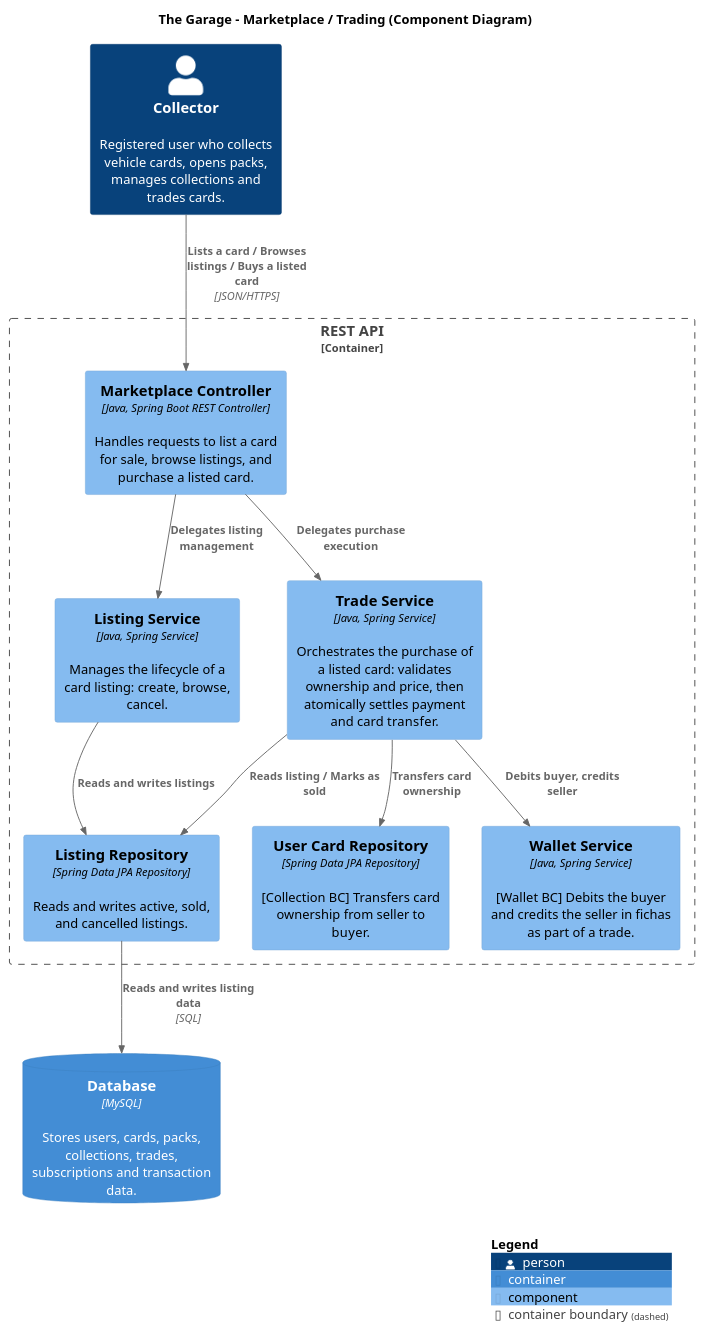
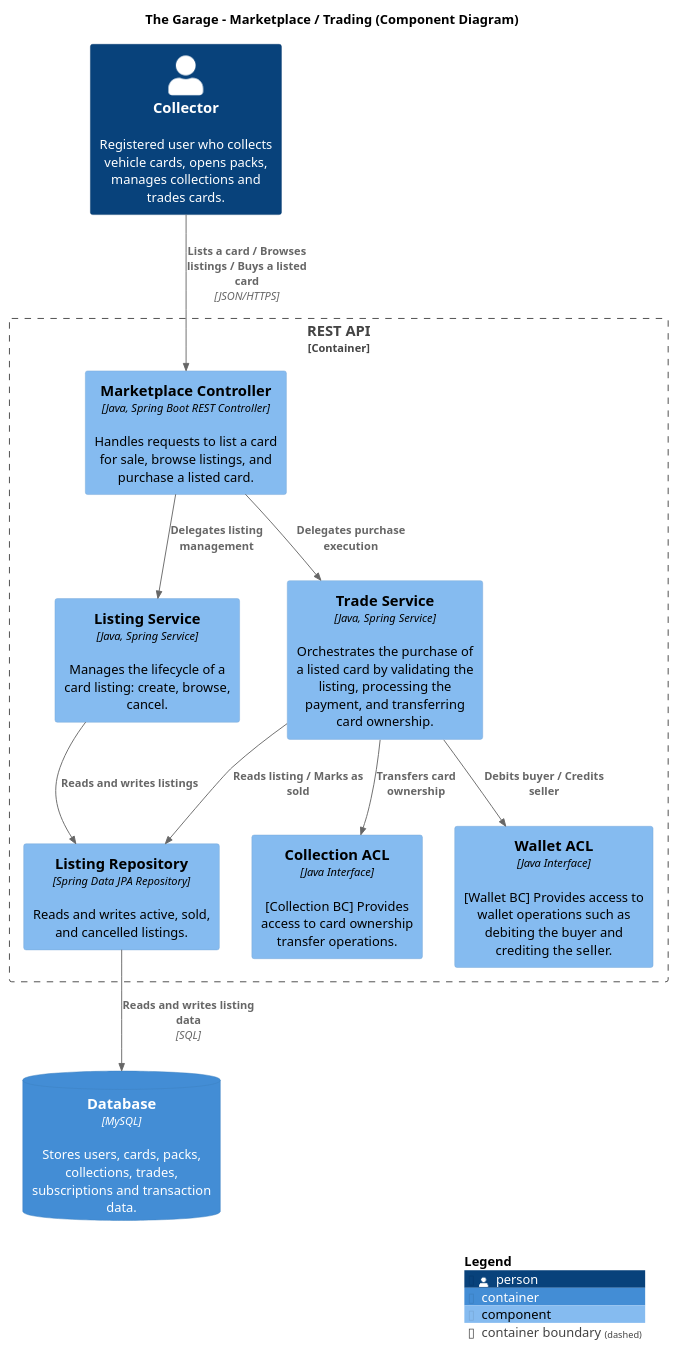
One commit to the-garage-studio/the-garage-c4-model-design changed the diagram in diagrams/ComponentDiagrams/Marketplace-ComponentDiagram.puml. Above: the diagram before and after it, drawn with PlantUML. The commit also changed 1 other file, not shown here.

Commit message:
feat: update with the acl in the marketplace component diagram

```diff
--- a/diagrams/ComponentDiagrams/Marketplace-ComponentDiagram.puml
+++ b/diagrams/ComponentDiagrams/Marketplace-ComponentDiagram.puml
@@ -1,39 +1,42 @@
-@startuml Marketplace_ComponentDiagram
+@startuml Marketplace-ComponentDiagram
 !include https://raw.githubusercontent.com/plantuml-stdlib/C4-PlantUML/master/C4_Component.puml
 
 LAYOUT_WITH_LEGEND()
 
 title The Garage - Marketplace / Trading (Component Diagram)
 
 Person(collector, "Collector", "Registered user who collects vehicle cards, opens packs, manages collections and trades cards.")
 
 Container_Boundary(api, "REST API") {
 
     Component(marketplace_controller, "Marketplace Controller", "Java, Spring Boot REST Controller", "Handles requests to list a card for sale, browse listings, and purchase a listed card.")
 
     Component(listing_service, "Listing Service", "Java, Spring Service", "Manages the lifecycle of a card listing: create, browse, cancel.")
-    Component(trade_service, "Trade Service", "Java, Spring Service", "Orchestrates the purchase of a listed card: validates ownership and price, then atomically settles payment and card transfer.")
+    Component(trade_service, "Trade Service", "Java, Spring Service", "Orchestrates the purchase of a listed card by validating the listing, processing the payment, and transferring card ownership.")
 
-    Component(wallet_service, "Wallet Service", "Java, Spring Service", "[Wallet BC] Debits the buyer and credits the seller in fichas as part of a trade.")
-    Component(user_card_repository, "User Card Repository", "Spring Data JPA Repository", "[Collection BC] Transfers card ownership from seller to buyer.")
+    Component(wallet_acl, "Wallet ACL", "Java Interface", "[Wallet BC] Provides access to wallet operations such as debiting the buyer and crediting the seller.")
+
+    Component(collection_acl, "Collection ACL", "Java Interface", "[Collection BC] Provides access to card ownership transfer operations.")
 
     Component(listing_repository, "Listing Repository", "Spring Data JPA Repository", "Reads and writes active, sold, and cancelled listings.")
 }
 
 ContainerDb(database, "Database", "MySQL", "Stores users, cards, packs, collections, trades, subscriptions and transaction data.")
 
 Rel(collector, marketplace_controller, "Lists a card / Browses listings / Buys a listed card", "JSON/HTTPS")
 
 Rel(marketplace_controller, listing_service, "Delegates listing management")
 Rel(marketplace_controller, trade_service, "Delegates purchase execution")
 
 Rel(listing_service, listing_repository, "Reads and writes listings")
 
 Rel(trade_service, listing_repository, "Reads listing / Marks as sold")
-Rel(trade_service, wallet_service, "Debits buyer, credits seller")
-Rel(trade_service, user_card_repository, "Transfers card ownership")
+
+Rel(trade_service, wallet_acl, "Debits buyer / Credits seller")
+
+Rel(trade_service, collection_acl, "Transfers card ownership")
 
 Rel(listing_repository, database, "Reads and writes listing data", "SQL")
 
 SHOW_LEGEND()
 @enduml
```
